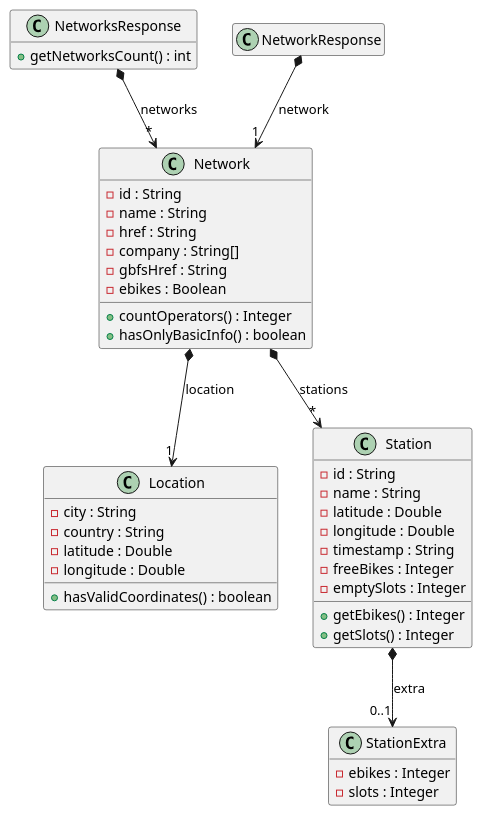
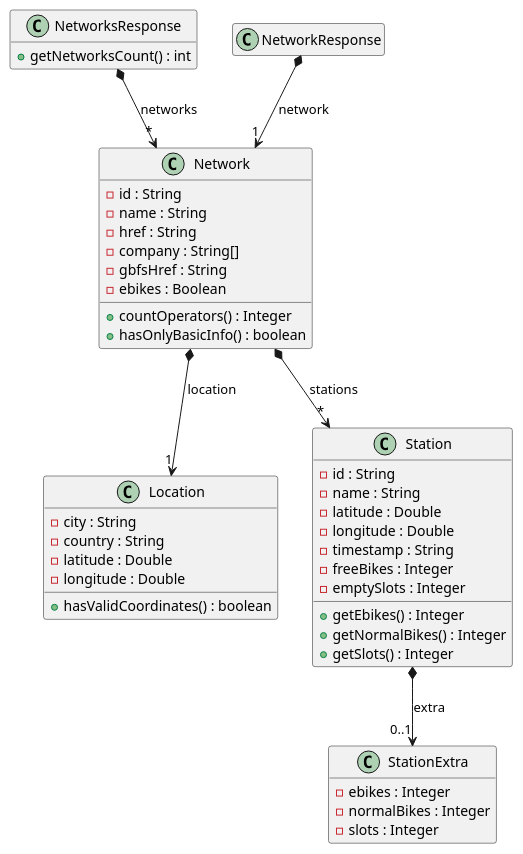
Before and after one commit to isunican/App-Bicis-Grupo3: the diagram in Docs/Models/domain.puml, drawn with PlantUML. The commit also changed 3 other files, not shown here.

Commit message:
US532301 Revisar los diagramas de arquitectura y dominio con el código final (978622, 978625)

```diff
--- a/Docs/Models/domain.puml
+++ b/Docs/Models/domain.puml
@@ -2,62 +2,64 @@
 @startuml domain
 hide empty members
 
 ' ==========================================
 ' Dominio principal - Redes
 ' ==========================================
 
 class Network {
     - id : String
     - name : String
     - href : String
     - company : String[]
     - gbfsHref : String
     - ebikes : Boolean
     + countOperators() : Integer
     + hasOnlyBasicInfo() : boolean
 }
 
 class Location {
     - city : String
     - country : String
     - latitude : Double
     - longitude : Double
     + hasValidCoordinates() : boolean
 }
 
 class NetworksResponse {
     + getNetworksCount() : int
 }
 class NetworkResponse
 
 Network *--> "1" Location : location
 NetworksResponse *--> "*" Network : networks
 NetworkResponse *--> "1" Network : network
 
 ' ==========================================
-' Estaciones (HU 532377 Listar estaciones)
+' Estaciones (HU 532377 Listar estaciones, HU 532305 Filtrar por tipo de bici)
 ' Las clases de utilidad (StationFilter, StationSearch, NetworkLocator,
 ' CitySelector) no son del dominio: estan en el diagrama de arquitectura.
 ' ==========================================
 
 class Station {
     - id : String
     - name : String
     - latitude : Double
     - longitude : Double
     - timestamp : String
     - freeBikes : Integer
     - emptySlots : Integer
     + getEbikes() : Integer
+    + getNormalBikes() : Integer
     + getSlots() : Integer
 }
 
 class StationExtra {
     - ebikes : Integer
+    - normalBikes : Integer
     - slots : Integer
 }
 
 Network *--> "*" Station : stations
 Station *--> "0..1" StationExtra : extra
 
 @enduml
```
